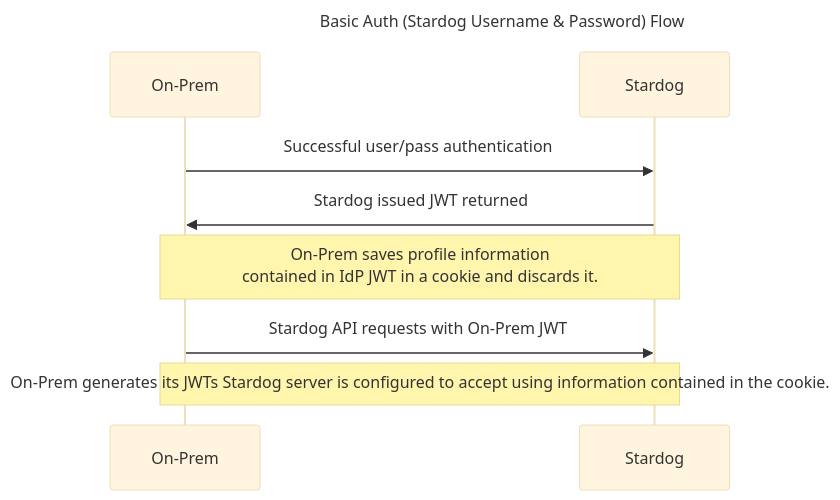
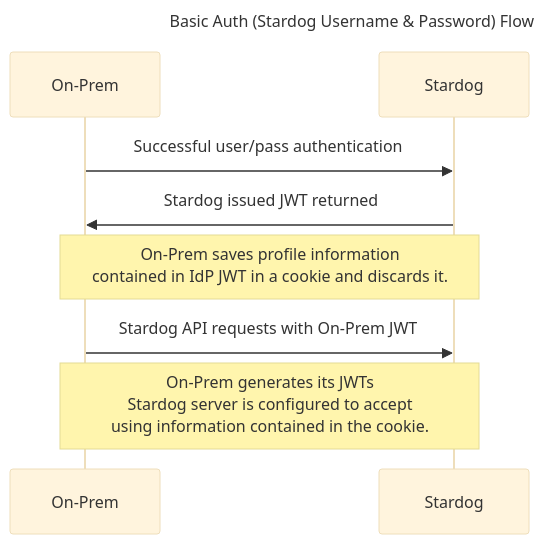
The first of 2 diagrams in README.md (stardog-union/launchpad-docs), drawn with Mermaid (base theme) before and after one commit.

Commit message:
Update mermaid chart

````diff
--- a/README.md
+++ b/README.md
@@ -26,9 +26,9 @@
 ```mermaid
 sequenceDiagram
   title Basic Auth (Stardog Username & Password) Flow
   On-Prem->>Stardog: Successful user/pass authentication
   Stardog->>On-Prem: Stardog issued JWT returned
   Note over Stardog,On-Prem: On-Prem saves profile information <br> contained in IdP JWT in a cookie and discards it.
   On-Prem->>Stardog: Stardog API requests with On-Prem JWT
-  Note over On-Prem,Stardog: On-Prem generates its JWTs Stardog server is configured to accept using information contained in the cookie.
+  Note over On-Prem,Stardog: On-Prem generates its JWTs <br> Stardog server is configured to accept <br> using information contained in the cookie.
 ```
````
